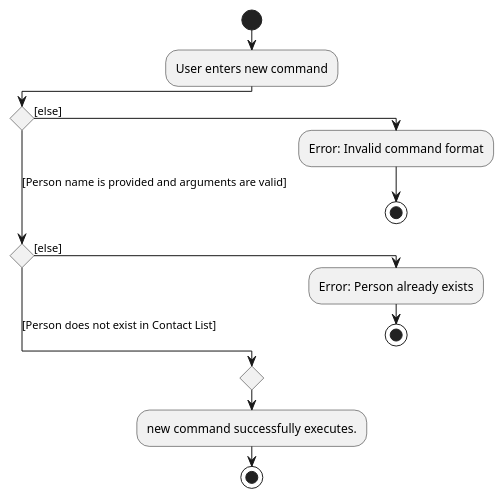
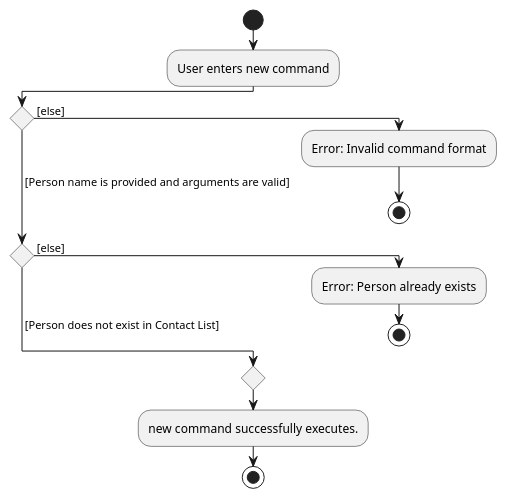
The diagram in docs/diagrams/AddCommandActivityDiagram.puml (nus-cs2103-AY2223S2/tp), drawn with PlantUML before and after one commit. The commit also changed 9 other files, not shown here.

```diff
--- a/docs/diagrams/AddCommandActivityDiagram.puml
+++ b/docs/diagrams/AddCommandActivityDiagram.puml
@@ -1,16 +1,16 @@
 @startuml
 !pragma useVerticalIf on
 start
 :User enters new command;
-if () then ([else])
+if () then ( [else])
   :Error: Invalid command format;
   stop
-([Person name is provided and arguments are valid]) elseif () then ([else])
+( [Person name is provided and arguments are valid]) elseif () then ( [else])
   :Error: Person already exists;
   stop
- else ([Person does not exist in Contact List])
+ else ( [Person does not exist in Contact List])
 endif
   :new command successfully executes.;
 stop
 
 @enduml
```
